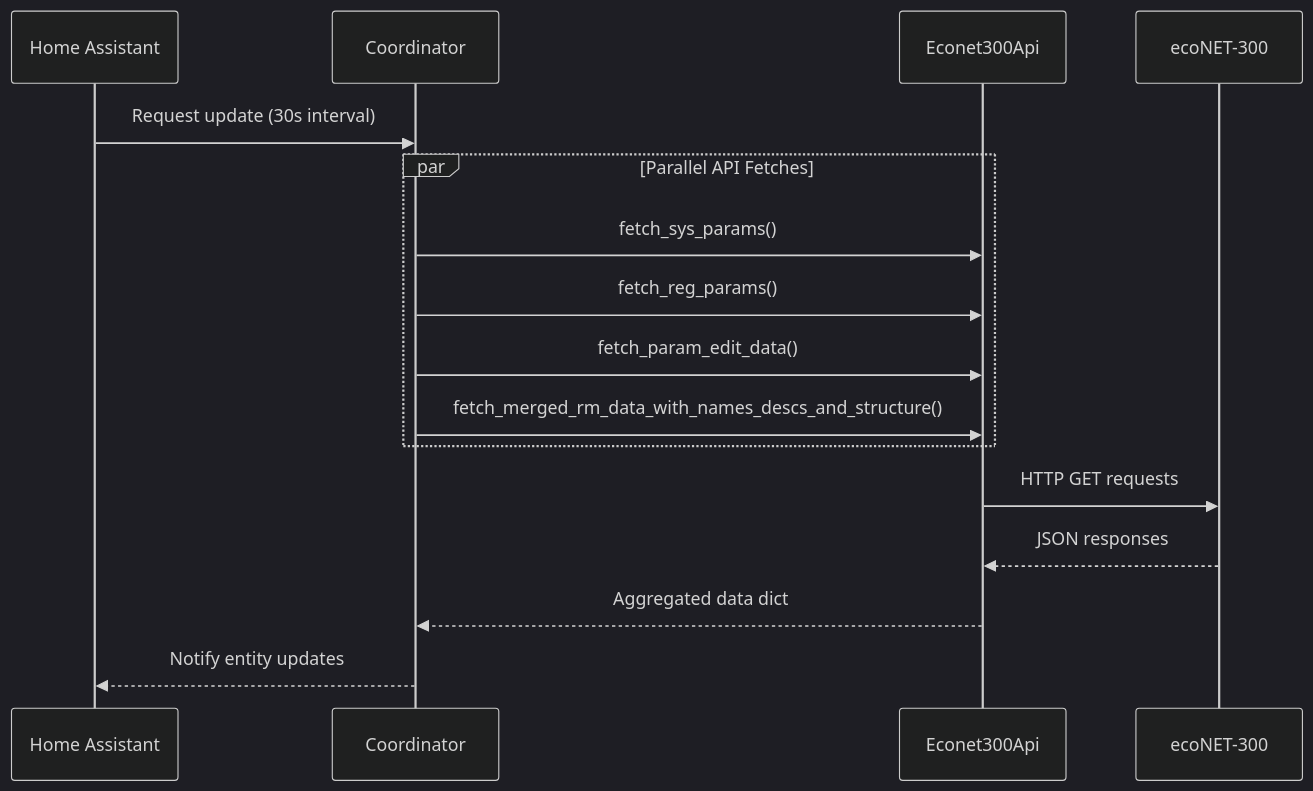
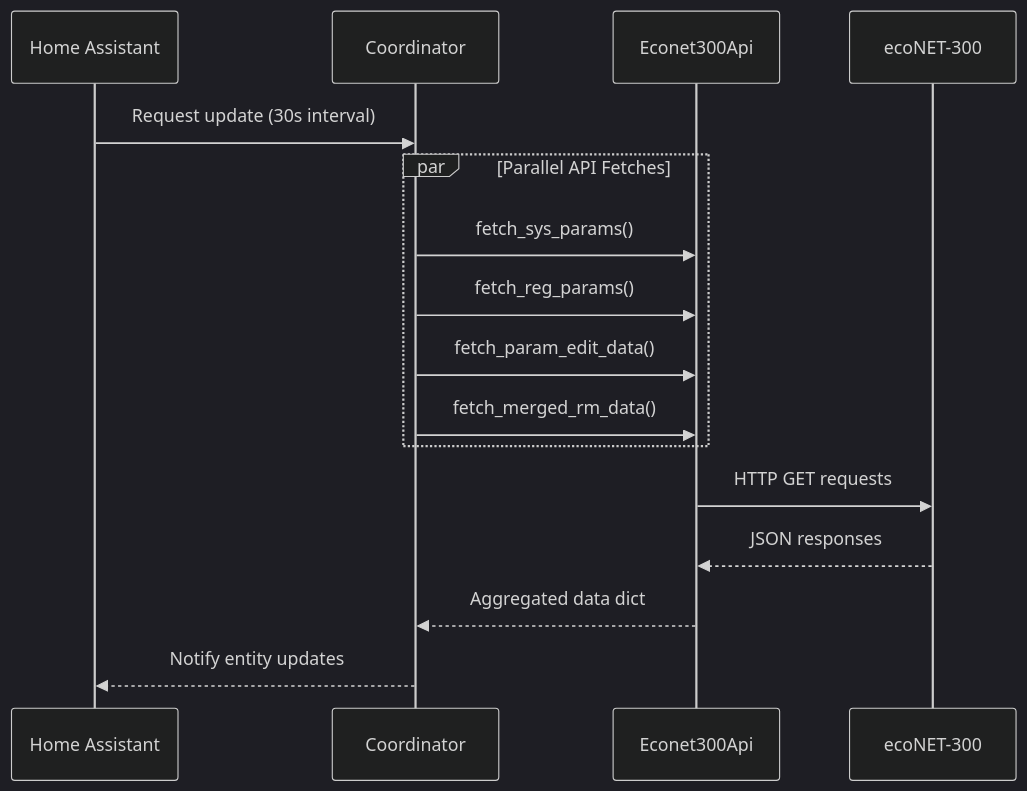
One commit to arendaszs/ecoNET-300-Home-Assistant-Integration changed the third of 7 diagrams in docs/ARCHITECTURE.md. Above: the diagram before and after it, drawn with Mermaid (dark theme). The commit also changed other lines of this file and 6 other files, not shown here.

Commit message:
refactor: rename fetch_merged_rm_data function

````diff
--- a/docs/ARCHITECTURE.md
+++ b/docs/ARCHITECTURE.md
@@ -97,19 +97,19 @@
 ```mermaid
 sequenceDiagram
     participant HA as Home Assistant
     participant Coord as Coordinator
     participant API as Econet300Api
     participant Device as ecoNET-300
 
     HA->>Coord: Request update (30s interval)
     par Parallel API Fetches
         Coord->>API: fetch_sys_params()
         Coord->>API: fetch_reg_params()
         Coord->>API: fetch_param_edit_data()
-        Coord->>API: fetch_merged_rm_data_with_names_descs_and_structure()
+        Coord->>API: fetch_merged_rm_data()
     end
     API->>Device: HTTP GET requests
     Device-->>API: JSON responses
     API-->>Coord: Aggregated data dict
     Coord-->>HA: Notify entity updates
 ```
````
